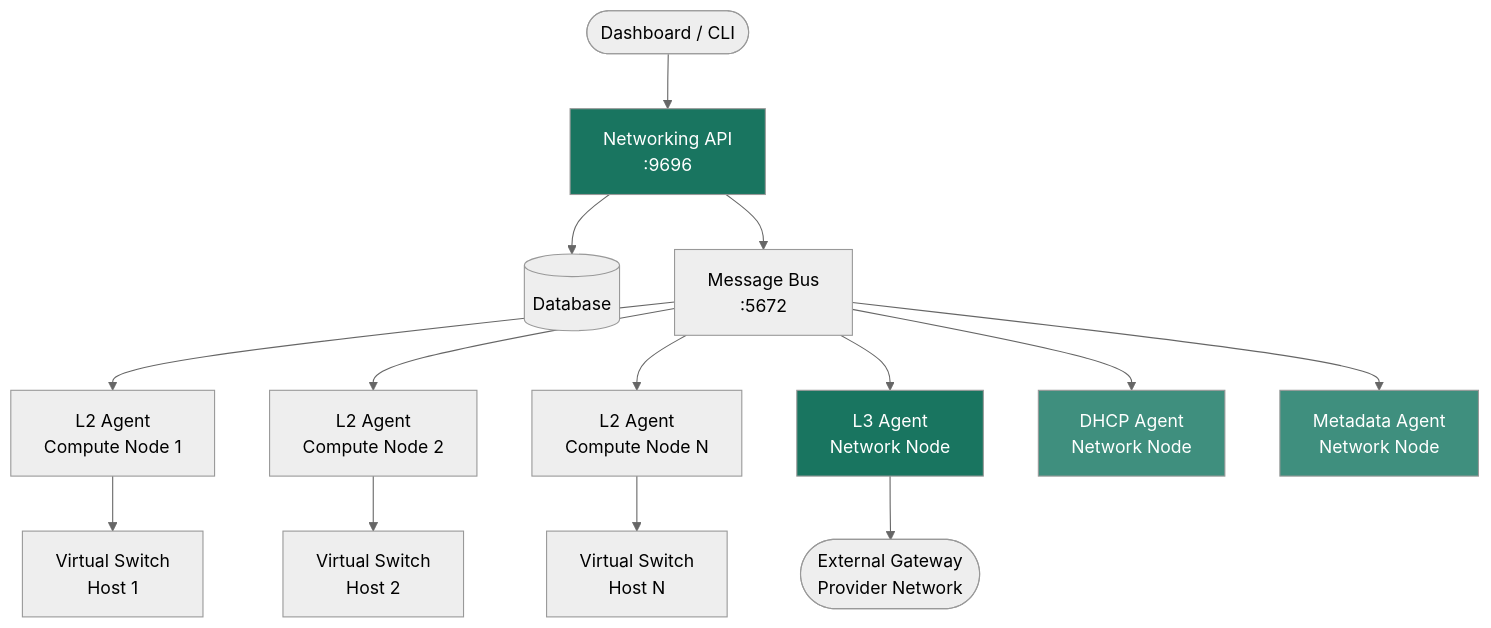
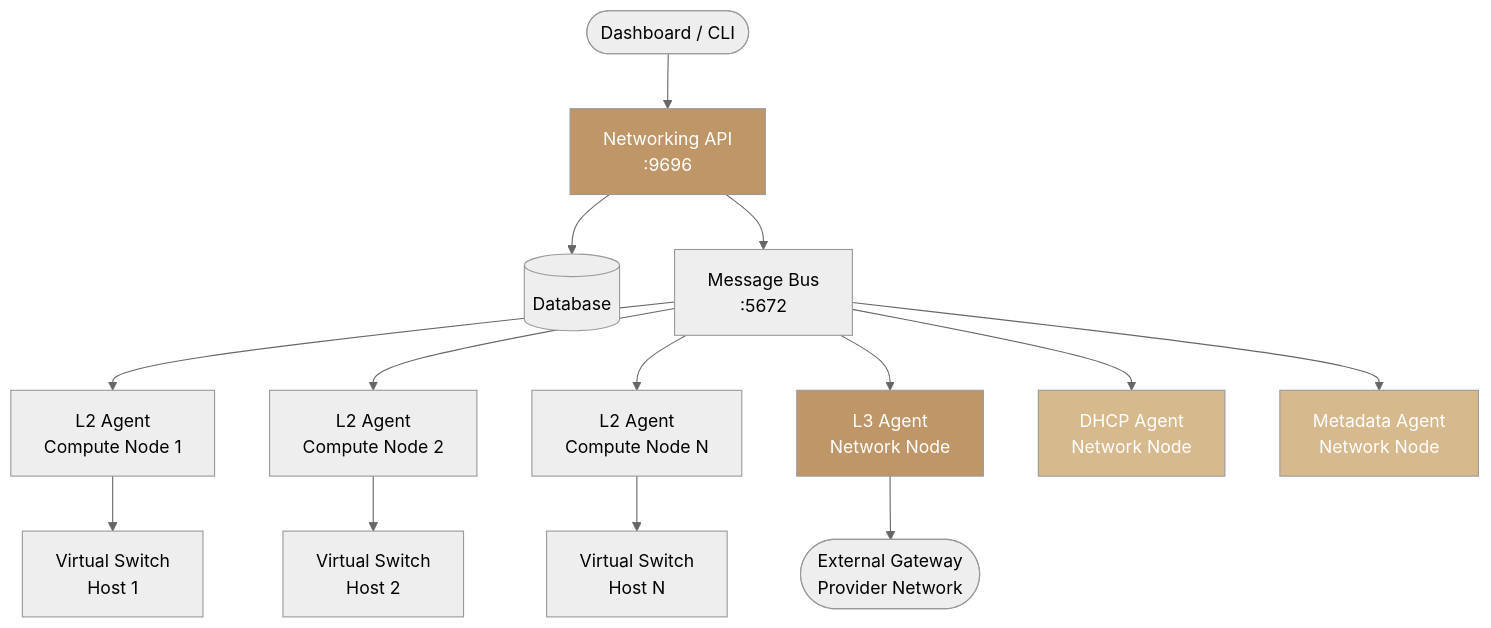
The first of 2 diagrams in services/networking/architecture.mdx (ankur-kumar87/docs-polystack), drawn with Mermaid (neutral theme) before and after one commit. The commit also changed other lines of this file and 395 other files, not shown here.

````diff
--- a/services/networking/architecture.mdx
+++ b/services/networking/architecture.mdx
@@ -22,20 +22,20 @@
 ```mermaid
 graph TD
     U([Dashboard / CLI]) --> API[Networking API<br/>:9696]
     API --> DB[(Database)]
     API --> MQ[Message Bus<br/>:5672]
     MQ --> L2A1[L2 Agent<br/>Compute Node 1]
     MQ --> L2A2[L2 Agent<br/>Compute Node 2]
     MQ --> L2A3[L2 Agent<br/>Compute Node N]
     MQ --> L3A[L3 Agent<br/>Network Node]
     MQ --> DHCP[DHCP Agent<br/>Network Node]
     MQ --> META[Metadata Agent<br/>Network Node]
     L3A --> GW([External Gateway<br/>Provider Network])
     L2A1 --> VS1[Virtual Switch<br/>Host 1]
     L2A2 --> VS2[Virtual Switch<br/>Host 2]
     L2A3 --> VS3[Virtual Switch<br/>Host N]
-    style API fill:#197560,color:#fff
-    style L3A fill:#197560,color:#fff
-    style DHCP fill:#3F8F7E,color:#fff
-    style META fill:#3F8F7E,color:#fff
+    style API fill:#bf9667,color:#fff
+    style L3A fill:#bf9667,color:#fff
+    style DHCP fill:#d7b98e,color:#fff
+    style META fill:#d7b98e,color:#fff
 ```
````
